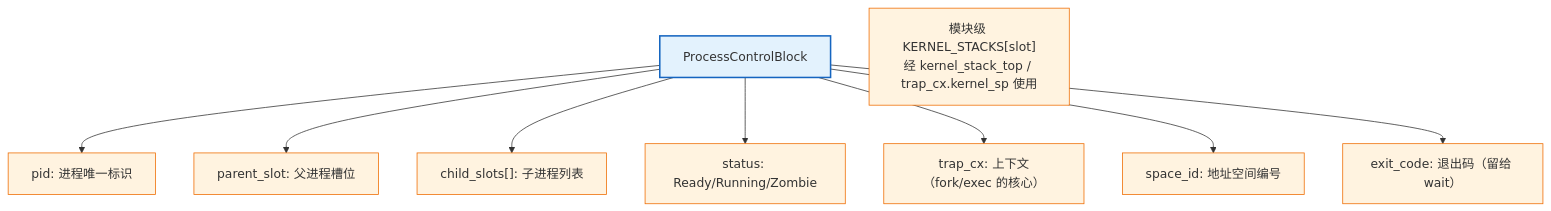
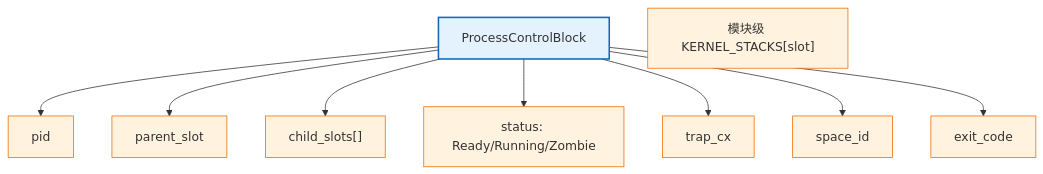
The fifth of 5 diagrams in os-lab/labs/lab4-process.md (AM-SuSh/EVOLVE), drawn with Mermaid before and after one commit. The commit also changed other lines of this file and 34 other files, not shown here.

````diff
--- a/os-lab/labs/lab4-process.md
+++ b/os-lab/labs/lab4-process.md
@@ -135,17 +167,17 @@
 ```mermaid
 graph TD
     PCB["ProcessControlBlock"]
-    PCB --> F1["pid: 进程唯一标识"]
-    PCB --> F2["parent_slot: 父进程槽位"]
-    PCB --> F3["child_slots[]: 子进程列表"]
+    PCB --> F1["pid"]
+    PCB --> F2["parent_slot"]
+    PCB --> F3["child_slots[]"]
     PCB --> F4["status: Ready/Running/Zombie"]
-    PCB --> F5["trap_cx: 上下文（fork/exec 的核心）"]
-    PCB --> F6["space_id: 地址空间编号"]
-    PCB --> F7["exit_code: 退出码（留给 wait）"]
-    STK["模块级 KERNEL_STACKS[slot]<br/>经 kernel_stack_top / trap_cx.kernel_sp 使用"]
+    PCB --> F5["trap_cx"]
+    PCB --> F6["space_id"]
+    PCB --> F7["exit_code"]
+    STK["模块级 KERNEL_STACKS[slot]"]
 
     classDef pcb fill:#e3f2fd,stroke:#1565c0,stroke-width:2px;
     classDef field fill:#fff3e0,stroke:#ef6c00;
     class PCB pcb;
     class F1,F2,F3,F4,F5,F6,F7,STK field;
 ```
````
